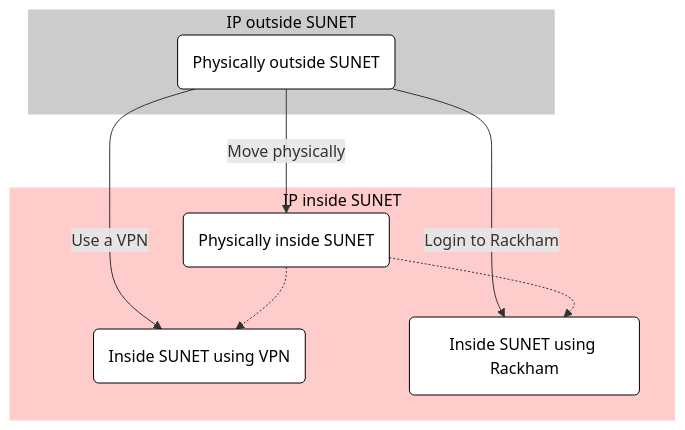
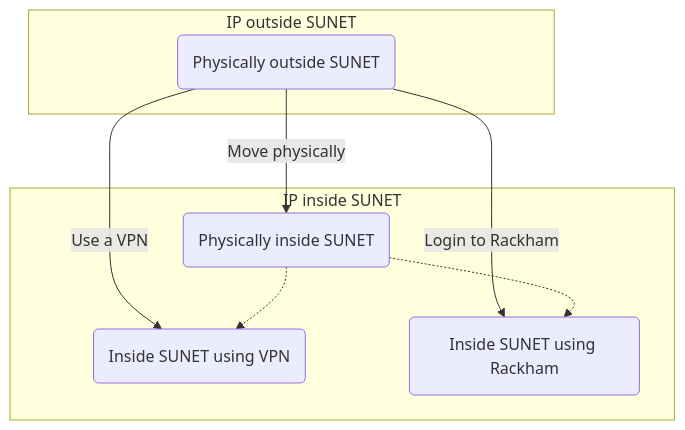
The diagram in docs/getting_started/get_inside_sunet.md (UPPMAX/UPPMAX-documentation), drawn with Mermaid before and after one commit.

Commit message:
Use default colors

````diff
--- a/docs/getting_started/get_inside_sunet.md
+++ b/docs/getting_started/get_inside_sunet.md
@@ -16,32 +16,22 @@
 ```mermaid
 flowchart TD
-
-    %% Give a white background, instead of a transparent one
-    classDef node fill:#fff,color:#000,stroke:#000
-    classDef focus_node fill:#fff,color:#000,stroke:#000,stroke-width:4px
 
     subgraph sub_outside[IP outside SUNET]
       outside(Physically outside SUNET)
     end
 
     subgraph sub_inside[IP inside SUNET]
       physically_inside(Physically inside SUNET)
       inside_using_vpn(Inside SUNET using VPN)
       inside_using_rackham(Inside SUNET using Rackham)
     end
 
-    %% Shared subgraph color scheme
-    style sub_outside fill:#ccc,color:#000,stroke:#ccc
-    style sub_inside fill:#fcc,color:#000,stroke:#fcc
-    %% style sub_bianca_shared_env fill:#ffc,color:#000,stroke:#ffc
-    %% style sub_bianca_private_env fill:#cfc,color:#000,stroke:#cfc
-
     %% Outside SUNET
     outside-->|Move physically|physically_inside
     outside-->|Use a VPN|inside_using_vpn
     outside-->|Login to Rackham|inside_using_rackham
 
     %% Inside SUNET
     physically_inside-.->inside_using_rackham
     physically_inside-.->inside_using_vpn
 ```
````
